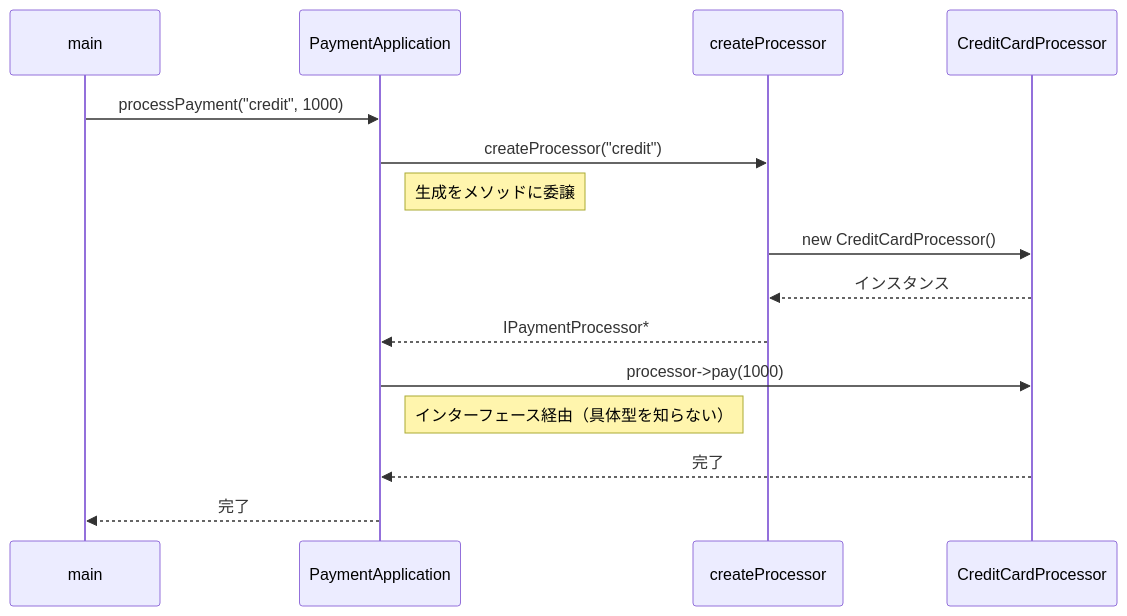
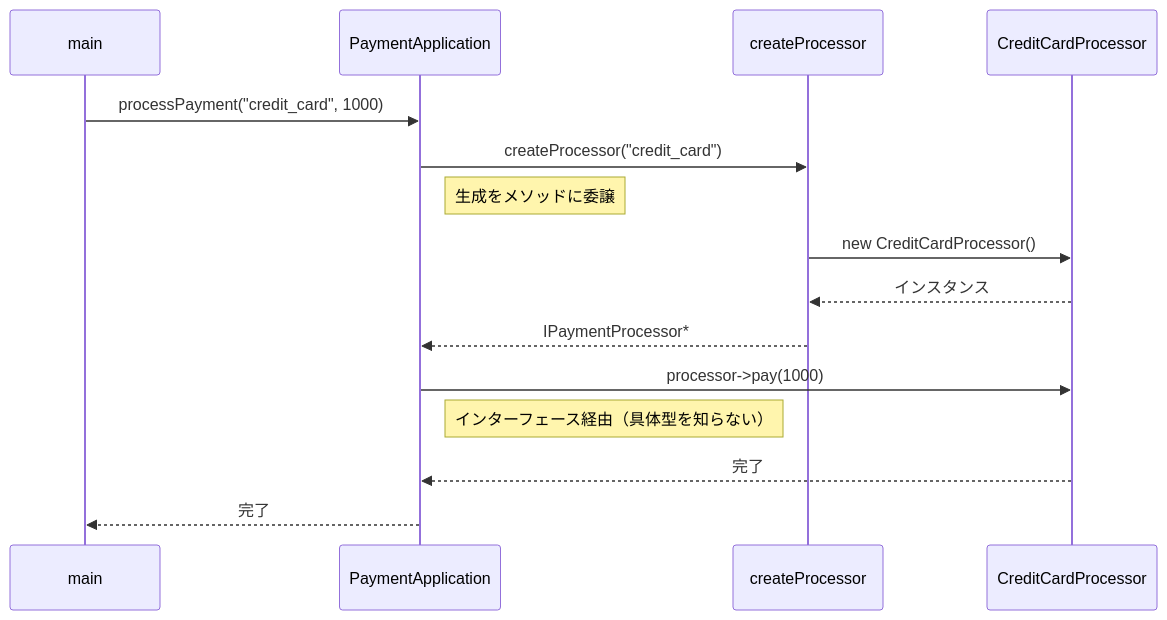
The fourth of 6 diagrams in kindle/design-patterns/output/chapter08.md (kumachan1101-pixel/DesignPattern), drawn with Mermaid before and after one commit. The commit also changed other lines of this file and 1 other file, not shown here.

````diff
--- a/kindle/design-patterns/output/chapter08.md
+++ b/kindle/design-patterns/output/chapter08.md
@@ -1094,18 +1095,18 @@
 ```mermaid
 sequenceDiagram
     participant main
     participant PA as PaymentApplication
     participant CP as createProcessor
     participant CC as CreditCardProcessor
 
-    main->>PA: processPayment("credit", 1000)
-    PA->>CP: createProcessor("credit")
+    main->>PA: processPayment("credit_card", 1000)
+    PA->>CP: createProcessor("credit_card")
     Note right of PA: 生成をメソッドに委譲
     CP->>CC: new CreditCardProcessor()
     CC-->>CP: インスタンス
     CP-->>PA: IPaymentProcessor*
     PA->>CC: processor->pay(1000)
     Note right of PA: インターフェース経由（具体型を知らない）
     CC-->>PA: 完了
     PA-->>main: 完了
 ```
````
